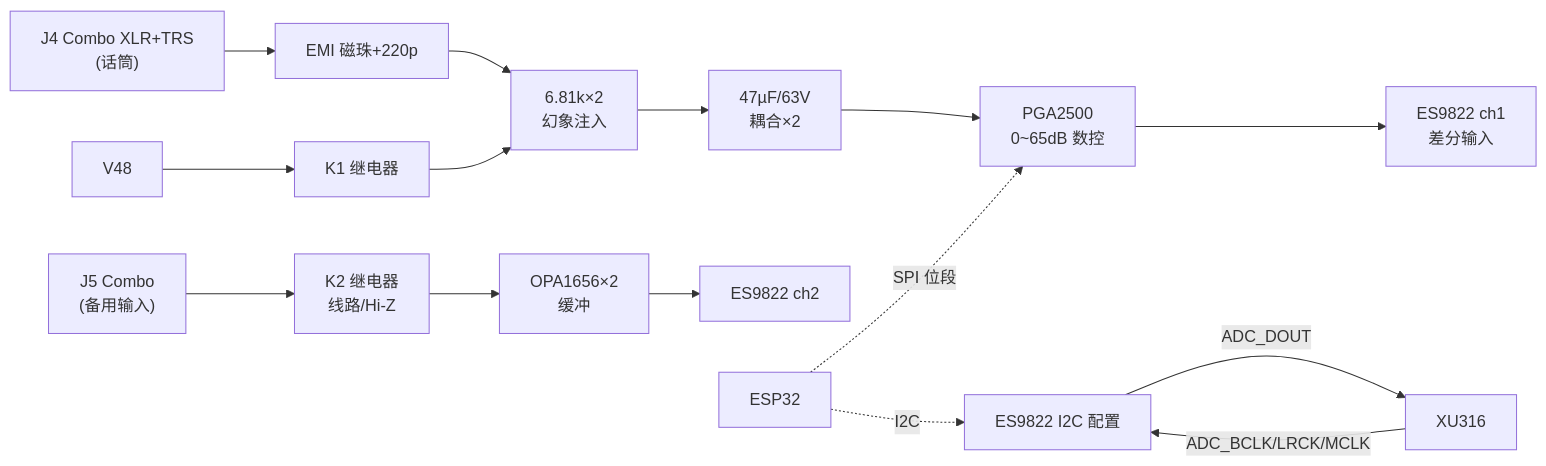
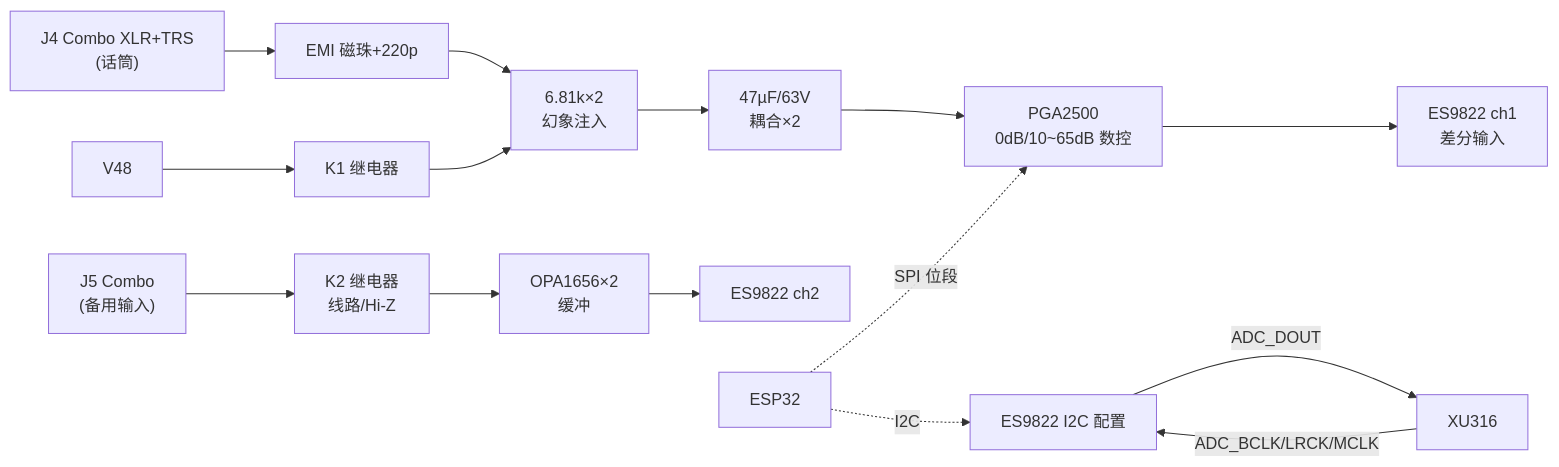
Before and after one commit to keven1229/asio-sound-card: the second of 2 diagrams in docs/schematic/03-adc-frontend.md, drawn with Mermaid. The commit also changed other lines of this file and 145 other files, not shown here.

Commit message:
Add Rev A schematic drafts, datasheet audits, and development tooling

````diff
--- a/docs/schematic/03-adc-frontend.md
+++ b/docs/schematic/03-adc-frontend.md
@@ -5,10 +38,10 @@
 ```mermaid
 flowchart LR
-  J4["J4 Combo XLR+TRS<br/>(话筒)"] --> EMI["EMI 磁珠+220p"] --> PH["6.81k×2<br/>幻象注入"] --> C["47µF/63V<br/>耦合×2"] --> PGA["PGA2500<br/>0~65dB 数控"] --> ADC1["ES9822 ch1<br/>差分输入"]
+  J4["J4 Combo XLR+TRS<br/>(话筒)"] --> EMI["EMI 磁珠+220p"] --> PH["6.81k×2<br/>幻象注入"] --> C["47µF/63V<br/>耦合×2"] --> PGA["PGA2500<br/>0dB/10~65dB 数控"] --> ADC1["ES9822 ch1<br/>差分输入"]
   V48["V48"] --> K1["K1 继电器"] --> PH
   J5["J5 Combo<br/>(备用输入)"] --> K2["K2 继电器<br/>线路/Hi-Z"] --> BUF["OPA1656×2<br/>缓冲"] --> ADC2["ES9822 ch2"]
   ESP["ESP32"] -.SPI 位段.-> PGA
   ESP -.I2C.-> ADC["ES9822 I2C 配置"]
   XU["XU316"] --"ADC_BCLK/LRCK/MCLK"--> ADC
   ADC --"ADC_DOUT"--> XU
 ```
````
